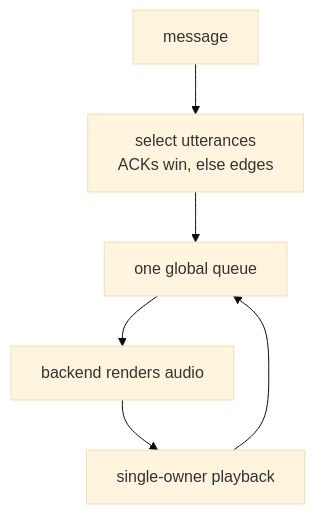
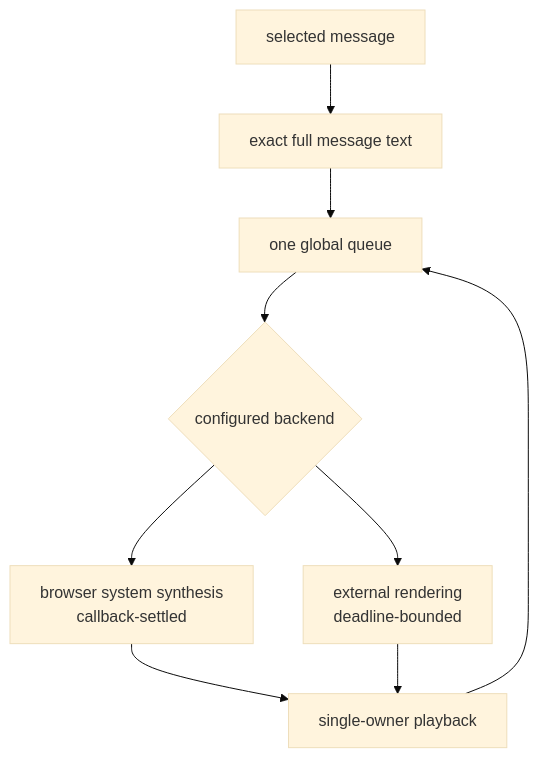
Before and after one commit to infimalabs/spice-rust: diagram 12 of 13 in docs/product/interfaces.md, drawn with Mermaid (base theme). The commit also changed other lines of this file and 71 other files, not shown here.

````diff
--- a/docs/product/interfaces.md
+++ b/docs/product/interfaces.md
@@ -298,8 +325,11 @@
 ```mermaid
 flowchart TD
-  M["message"] --> E["select utterances<br/>ACKs win, else edges"]
+  M["selected message"] --> E["exact full message text"]
   E --> Q["one global queue"]
-  Q --> B["backend renders audio"]
-  B --> P["single-owner playback"]
+  Q --> B{"configured backend"}
+  B --> S["browser system synthesis<br/>callback-settled"]
+  B --> X["external rendering<br/>deadline-bounded"]
+  S --> P["single-owner playback"]
+  X --> P
   P --> Q
 ```
````
